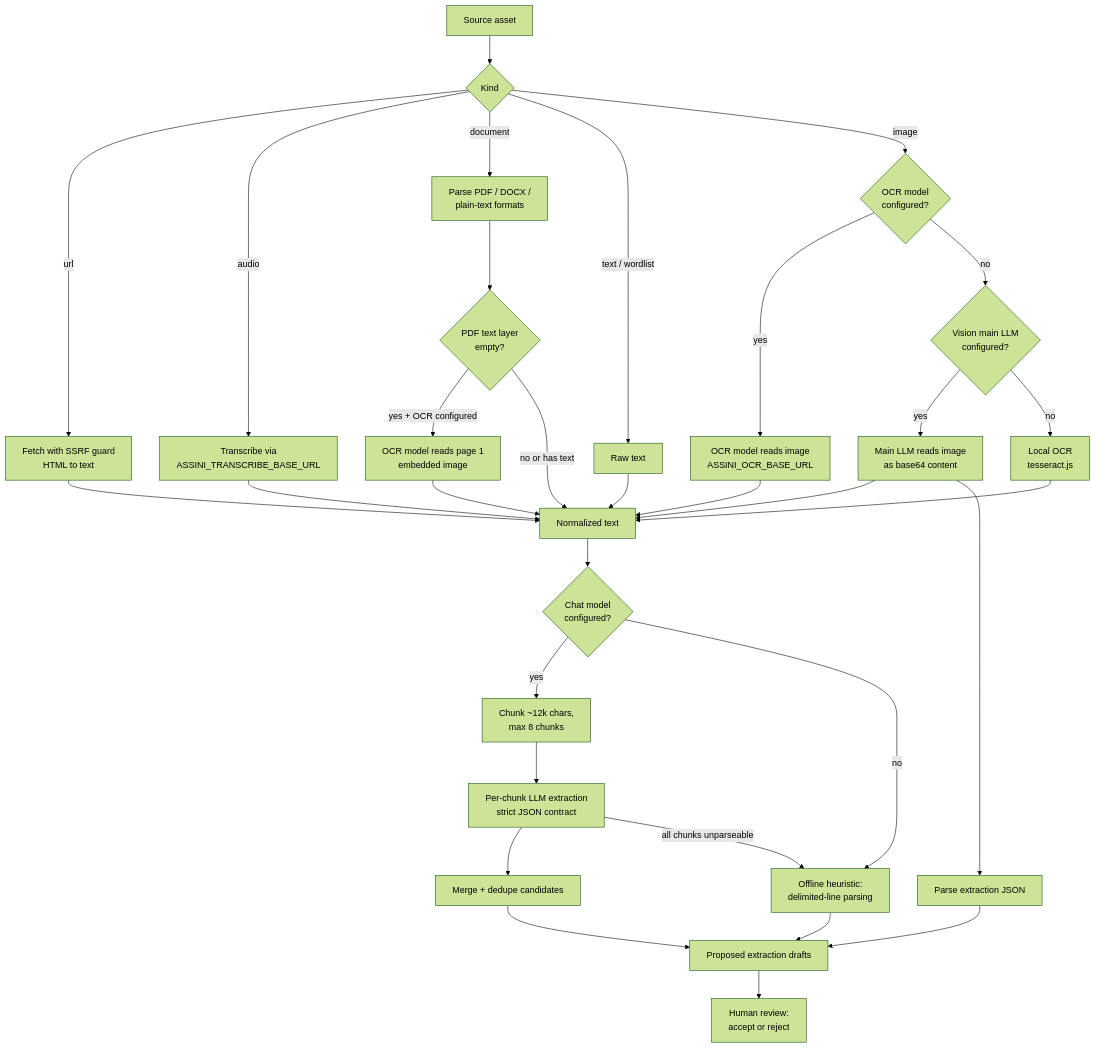
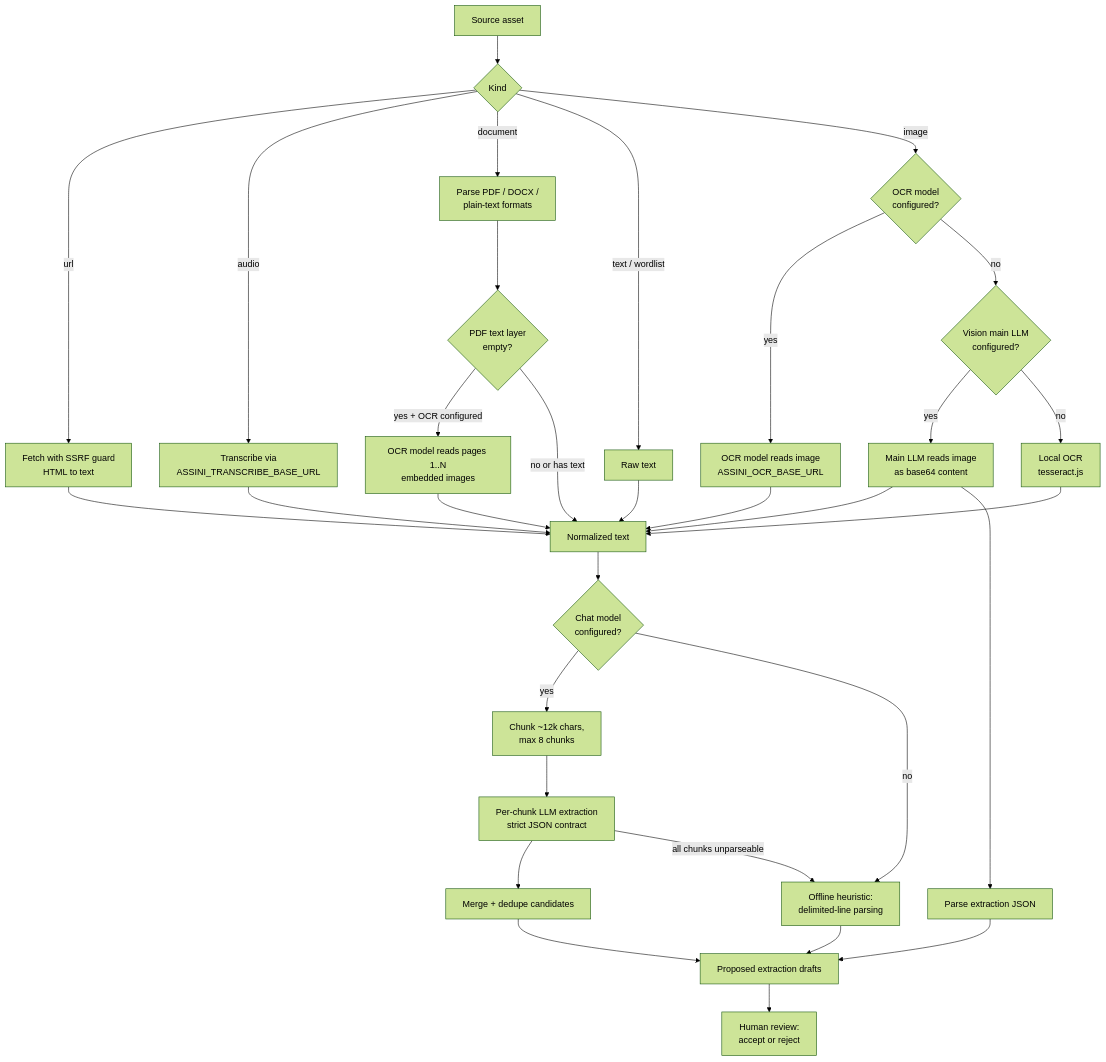
Before and after one commit to defnotean/AssiniLang: the diagram in docs/ingestion.md, drawn with Mermaid (forest theme). The commit also changed other lines of this file and 79 other files, not shown here.

Commit message:
Ship bulk corpus import, note examples, N-probes, cancel, and multi-page OCR.

````diff
--- a/docs/ingestion.md
+++ b/docs/ingestion.md
@@ -22,34 +22,34 @@
 ```mermaid
 flowchart TD
     A[Source asset] --> B{Kind}
     B -->|url| C[Fetch with SSRF guard<br>HTML to text]
     B -->|audio| D[Transcribe via<br>ASSINI_TRANSCRIBE_BASE_URL]
     B -->|document| E[Parse PDF / DOCX /<br>plain-text formats]
     E --> E2{PDF text layer<br>empty?}
-    E2 -->|yes + OCR configured| E3[OCR model reads page 1<br>embedded image]
+    E2 -->|yes + OCR configured| E3[OCR model reads pages 1..N<br>embedded images]
     E2 -->|no or has text| J[Normalized text]
     E3 --> J
     B -->|text / wordlist| F[Raw text]
     B -->|image| G{OCR model<br>configured?}
     G -->|yes| H[OCR model reads image<br>ASSINI_OCR_BASE_URL]
     G -->|no| G2{Vision main LLM<br>configured?}
     G2 -->|yes| H2[Main LLM reads image<br>as base64 content]
     G2 -->|no| I[Local OCR<br>tesseract.js]
     C --> J[Normalized text]
     D --> J
     F --> J
     I --> J
     H --> J
     H2 --> J
     J --> K{Chat model<br>configured?}
     K -->|yes| L[Chunk ~12k chars,<br>max 8 chunks]
     L --> M[Per-chunk LLM extraction<br>strict JSON contract]
     M --> N[Merge + dedupe candidates]
     K -->|no| O[Offline heuristic:<br>delimited-line parsing]
     M -->|all chunks unparseable| O
     H2 --> P[Parse extraction JSON]
     N --> Q[Proposed extraction drafts]
     O --> Q
     P --> Q
     Q --> R[Human review:<br>accept or reject]
 ```
````
